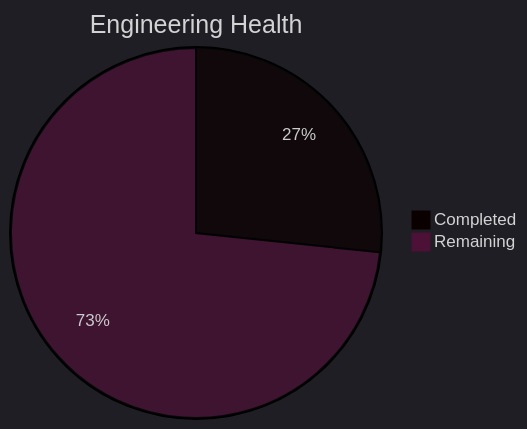
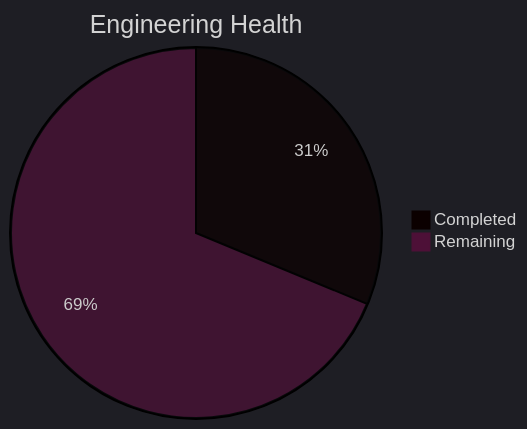
The third of 5 diagrams in tools/SK8Lytz_Bucket_List.md (Neogleamz/SK8Lytz), drawn with Mermaid before and after one commit. The commit also changed other lines of this file and 3 other files, not shown here.

````diff
--- a/tools/SK8Lytz_Bucket_List.md
+++ b/tools/SK8Lytz_Bucket_List.md
@@ -38,6 +38,6 @@
 ```mermaid
 %%{init: {'theme': 'dark'}}%%
 pie title Engineering Health
-  "Completed" : 4
+  "Completed" : 5
   "Remaining" : 11
 ```
````
